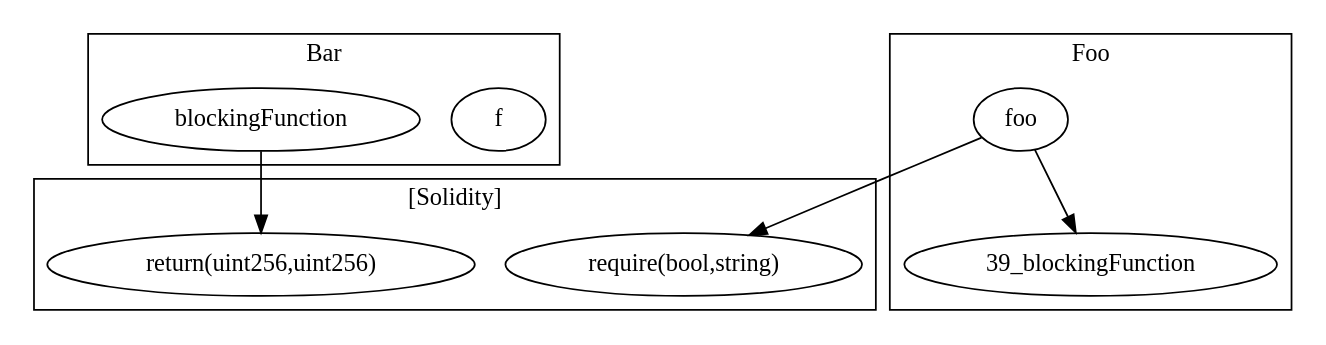
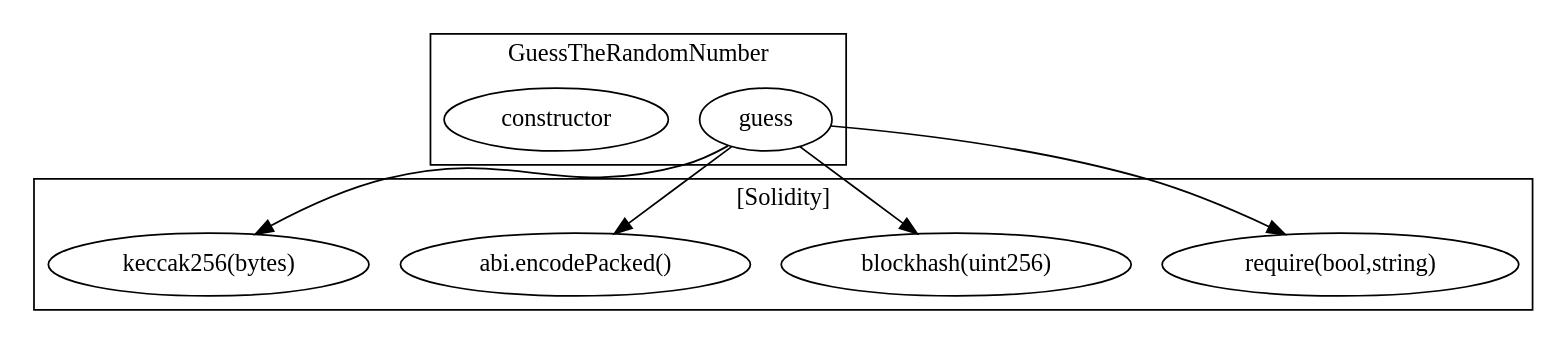
The diagram in result/call_graph_results/all_contracts.call-graph.dot (siksum/SafeDevAnalyzer), drawn with Graphviz before and after one commit. The commit also changed 20 other files, not shown here.

```diff
--- a/result/call_graph_results/all_contracts.call-graph.dot
+++ b/result/call_graph_results/all_contracts.call-graph.dot
@@ -1,17 +1,17 @@
 strict digraph {
-subgraph cluster_16_Bar {
-label = "Bar"
-"16_f" [label="f"]
-"16_blockingFunction" [label="blockingFunction"]
-}subgraph cluster_39_Foo {
-label = "Foo"
-"39_foo" [label="foo"]
-"39_foo" -> "39_blockingFunction"
+subgraph cluster_51_GuessTheRandomNumber {
+label = "GuessTheRandomNumber"
+"51_guess" [label="guess"]
+"51_constructor" [label="constructor"]
 }subgraph cluster_solidity {
 label = "[Solidity]"
-"return(uint256,uint256)" 
 "require(bool,string)" 
-"16_blockingFunction" -> "return(uint256,uint256)"
-"39_foo" -> "require(bool,string)"
+"blockhash(uint256)" 
+"abi.encodePacked()" 
+"keccak256(bytes)" 
+"51_guess" -> "blockhash(uint256)"
+"51_guess" -> "abi.encodePacked()"
+"51_guess" -> "require(bool,string)"
+"51_guess" -> "keccak256(bytes)"
 }
 }
```
